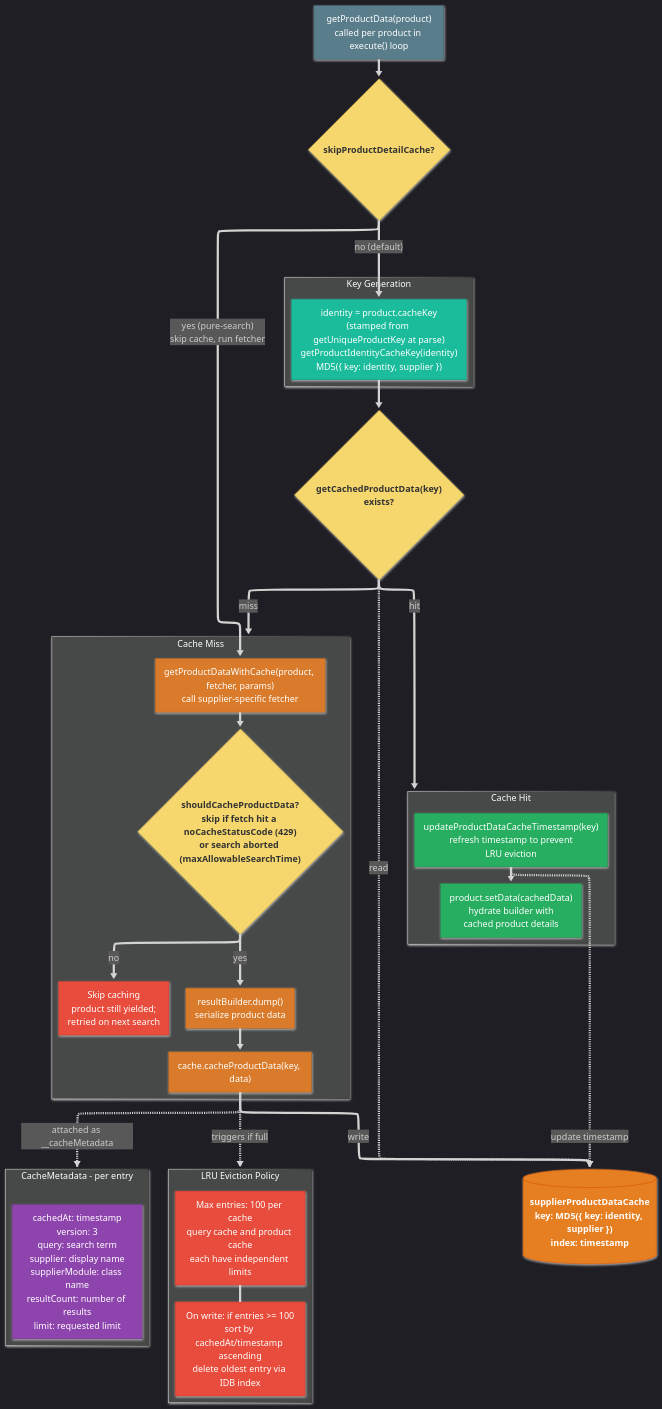
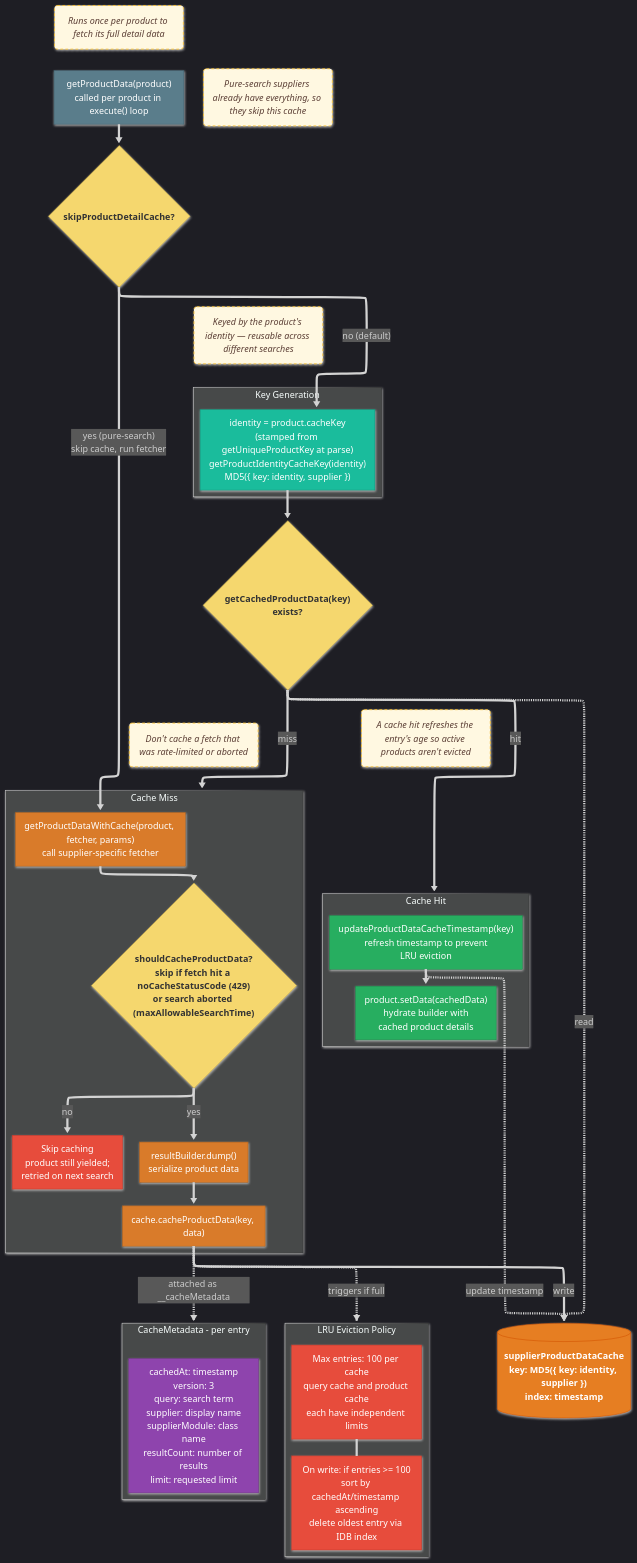
Before and after one commit to jhyland87/chem-pal: the third of 5 diagrams in pages/diagrams/search-cache-flow.md, drawn with Mermaid. The commit also changed other lines of this file and 39 other files, not shown here.

````diff
--- a/pages/diagrams/search-cache-flow.md
+++ b/pages/diagrams/search-cache-flow.md
@@ -251,4 +267,20 @@
 class MAX,EVICT,SKIP2 lru
 class META meta
 class GPCK keygen
+
+%% ── Descriptor notes: plain-English descriptions pinned next to key nodes ──
+classDef descriptor fill:#FFF8E1,stroke:#FBC02D,stroke-width:1.5px,color:#5D4037,stroke-dasharray:5 4,font-style:italic
+D_GPD("Runs once per product to fetch its full detail data")
+D_CPD("Pure-search suppliers already have everything, so they skip this cache")
+D_GPCK("Keyed by the product's identity — reusable across different searches")
+D_CACHEABLE("Don't cache a fetch that was rate-limited or aborted")
+D_TOUCH("A cache hit refreshes the entry's age so active products aren't evicted")
+D_GPD ~~~ GPD
+D_CPD ~~~ CPD
+D_GPCK ~~~ GPCK
+D_CACHEABLE ~~~ CACHEABLE
+D_TOUCH ~~~ TOUCH
+class D_GPD,D_CPD,D_GPCK,D_CACHEABLE,D_TOUCH descriptor
+%% Hide the connector lines for the descriptor notes (the last 5 links).
+linkStyle 17,18,19,20,21 stroke-width:0px,stroke:transparent
 ```
````
